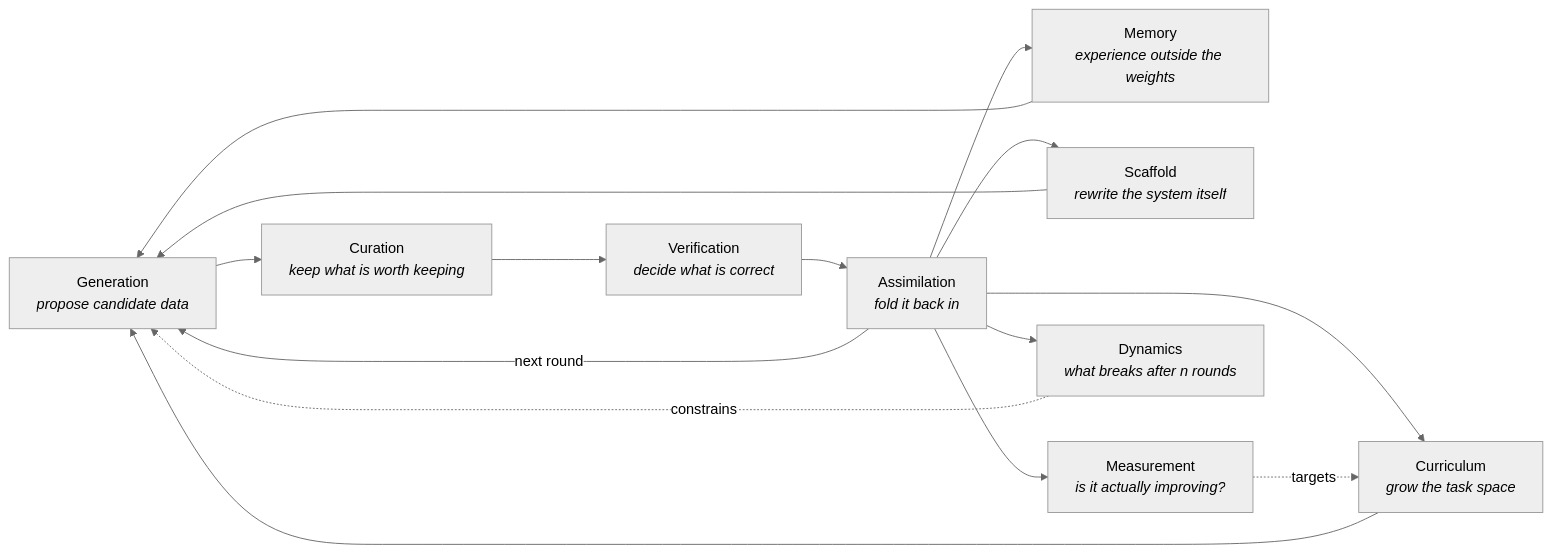
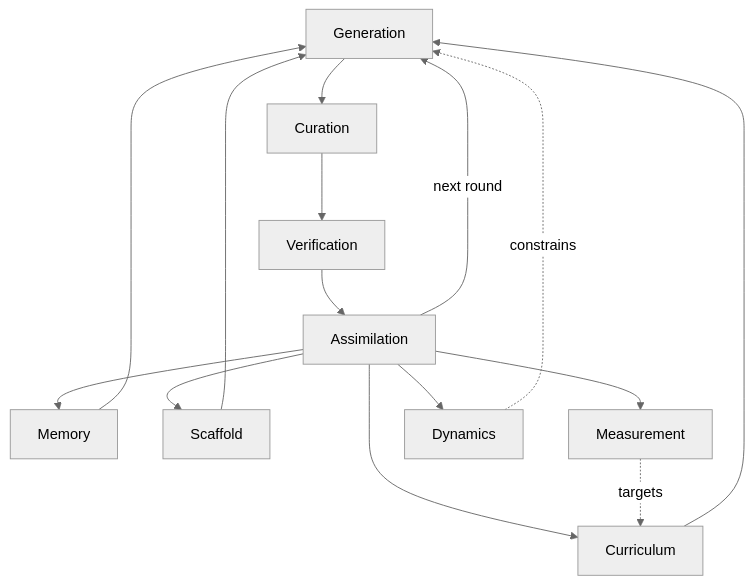
Before and after one commit to xubinrui/Awesome-Data-Centric-RSI: the diagram in README.md, drawn with Mermaid (neutral theme). The commit also changed other lines of this file and 4 other files, not shown here.

````diff
--- a/README.md
+++ b/README.md
@@ -37,26 +461,26 @@
 ```mermaid
-flowchart LR
-    G["Generation<br/><i>propose candidate data</i>"]
-    C["Curation<br/><i>keep what is worth keeping</i>"]
-    V["Verification<br/><i>decide what is correct</i>"]
-    A["Assimilation<br/><i>fold it back in</i>"]
+flowchart TD
+    G["Generation"]
+    C["Curation"]
+    V["Verification"]
+    A["Assimilation"]
 
     G --> C --> V --> A
     A -- "next round" --> G
 
-    K["Curriculum<br/><i>grow the task space</i>"]
-    M["Memory<br/><i>experience outside the weights</i>"]
-    S["Scaffold<br/><i>rewrite the system itself</i>"]
+    K["Curriculum"]
+    M["Memory"]
+    S["Scaffold"]
 
     A --> K --> G
     A --> M --> G
     A --> S --> G
 
-    ME["Measurement<br/><i>is it actually improving?</i>"]
-    D["Dynamics<br/><i>what breaks after n rounds</i>"]
+    ME["Measurement"]
+    D["Dynamics"]
 
     A --> ME
     A --> D
     D -. "constrains" .-> G
     ME -. "targets" .-> K
 ```
````
